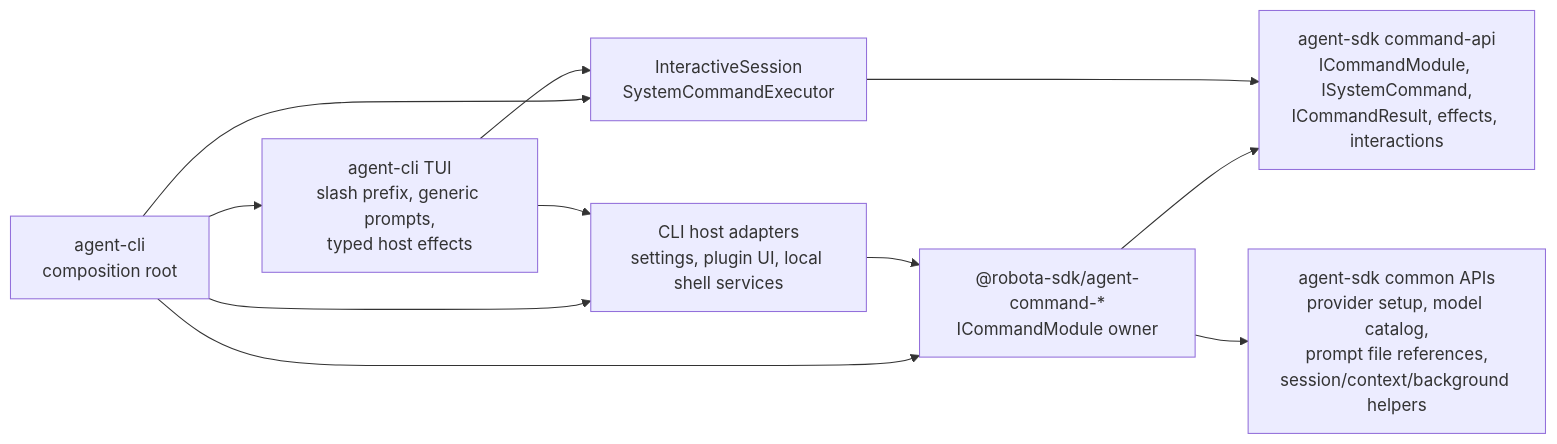
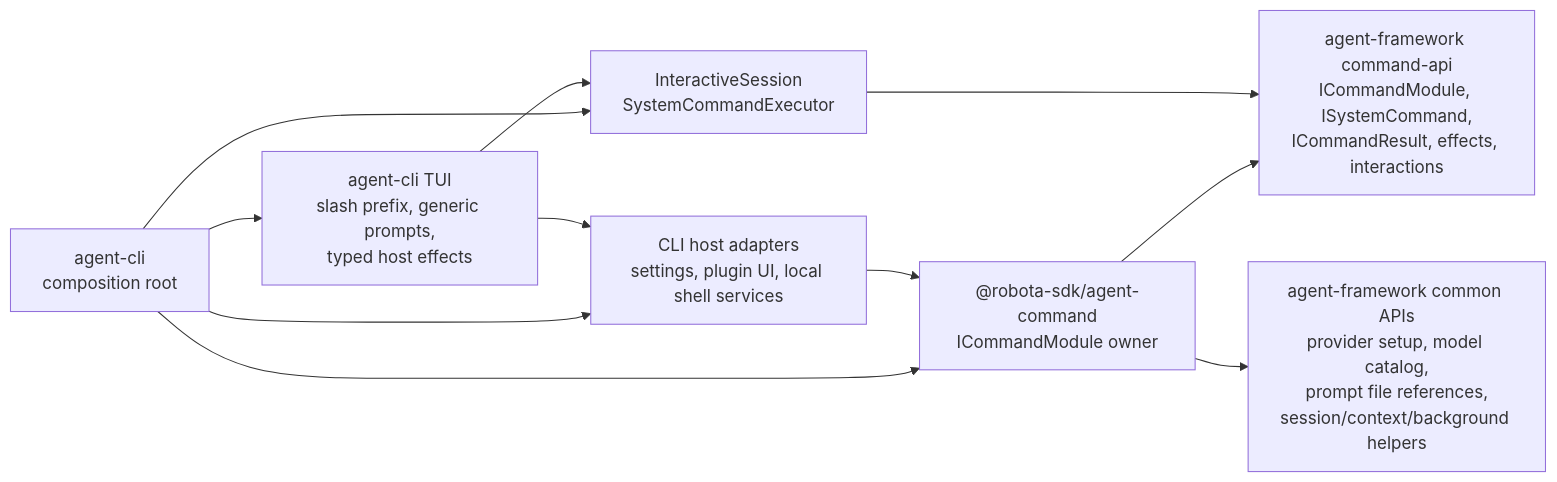
The first of 2 diagrams in .agents/specs/architecture-map/agent-cli/commands-and-provider-flow.md (woojubb/robota), drawn with Mermaid before and after one commit. The commit also changed other lines of this file and 690 other files, not shown here.

````diff
--- a/.agents/specs/architecture-map/agent-cli/commands-and-provider-flow.md
+++ b/.agents/specs/architecture-map/agent-cli/commands-and-provider-flow.md
@@ -9,21 +9,21 @@
 ```mermaid
 flowchart LR
   Product["agent-cli\ncomposition root"]
-  Module["@robota-sdk/agent-command-*\nICommandModule owner"]
-  SDKContracts["agent-sdk command-api\nICommandModule, ISystemCommand,\nICommandResult, effects, interactions"]
-  SDKCommon["agent-sdk common APIs\nprovider setup, model catalog,\nprompt file references,\nsession/context/background helpers"]
+  Module["@robota-sdk/agent-command\nICommandModule owner"]
+  SDKContracts["agent-framework command-api\nICommandModule, ISystemCommand,\nICommandResult, effects, interactions"]
+  SDKCommon["agent-framework common APIs\nprovider setup, model catalog,\nprompt file references,\nsession/context/background helpers"]
   Session["InteractiveSession\nSystemCommandExecutor"]
   TUI["agent-cli TUI\nslash prefix, generic prompts,\ntyped host effects"]
   HostAdapters["CLI host adapters\nsettings, plugin UI, local shell services"]
 
   Product --> Module
   Module --> SDKContracts
   Module --> SDKCommon
   Product --> Session
   Product --> TUI
   Product --> HostAdapters
   Session --> SDKContracts
   TUI --> Session
   TUI --> HostAdapters
   HostAdapters --> Module
 ```
````
